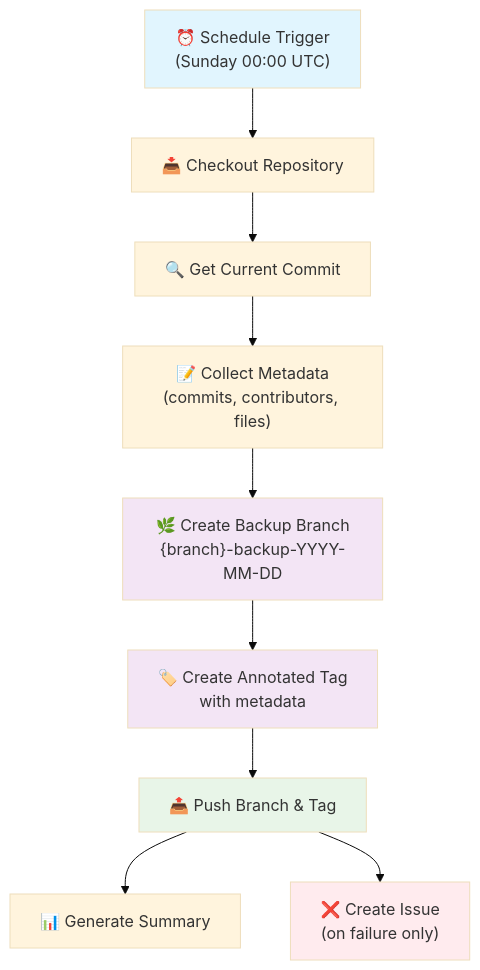
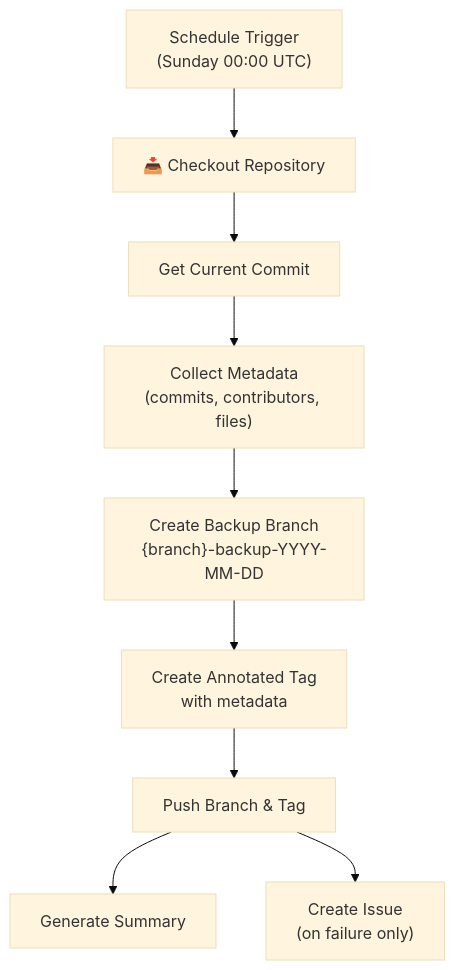
Before and after one commit to ggfevans/branch-backup-action: the diagram in README.md, drawn with Mermaid (base theme).

````diff
--- a/README.md
+++ b/README.md
@@ -59,17 +59,11 @@
 ```mermaid
 flowchart TD
-    A["⏰ Schedule Trigger<br/>(Sunday 00:00 UTC)"] --> B["📥 Checkout Repository"]
-    B --> C["🔍 Get Current Commit"]
-    C --> D["📝 Collect Metadata<br/>(commits, contributors, files)"]
-    D --> E["🌿 Create Backup Branch<br/>{branch}-backup-YYYY-MM-DD"]
-    E --> F["🏷️ Create Annotated Tag<br/>with metadata"]
-    F --> G["📤 Push Branch & Tag"]
-    G --> H["📊 Generate Summary"]
-    G --> I["❌ Create Issue<br/>(on failure only)"]
-    
-    style A fill:#e1f5fe
-    style E fill:#f3e5f5
-    style F fill:#f3e5f5
-    style G fill:#e8f5e8
-    style I fill:#ffebee
+    A["Schedule Trigger<br/>(Sunday 00:00 UTC)"] --> B["📥 Checkout Repository"]
+    B --> C["Get Current Commit"]
+    C --> D["Collect Metadata<br/>(commits, contributors, files)"]
+    D --> E["Create Backup Branch<br/>{branch}-backup-YYYY-MM-DD"]
+    E --> F["Create Annotated Tag<br/>with metadata"]
+    F --> G["Push Branch & Tag"]
+    G --> H["Generate Summary"]
+    G --> I["Create Issue<br/>(on failure only)"]
 ```
````
